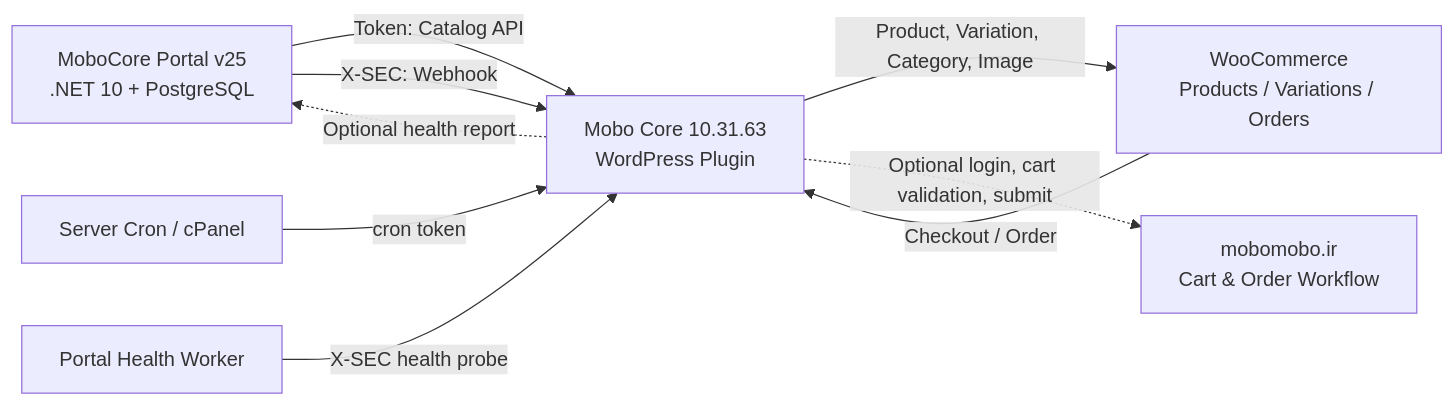
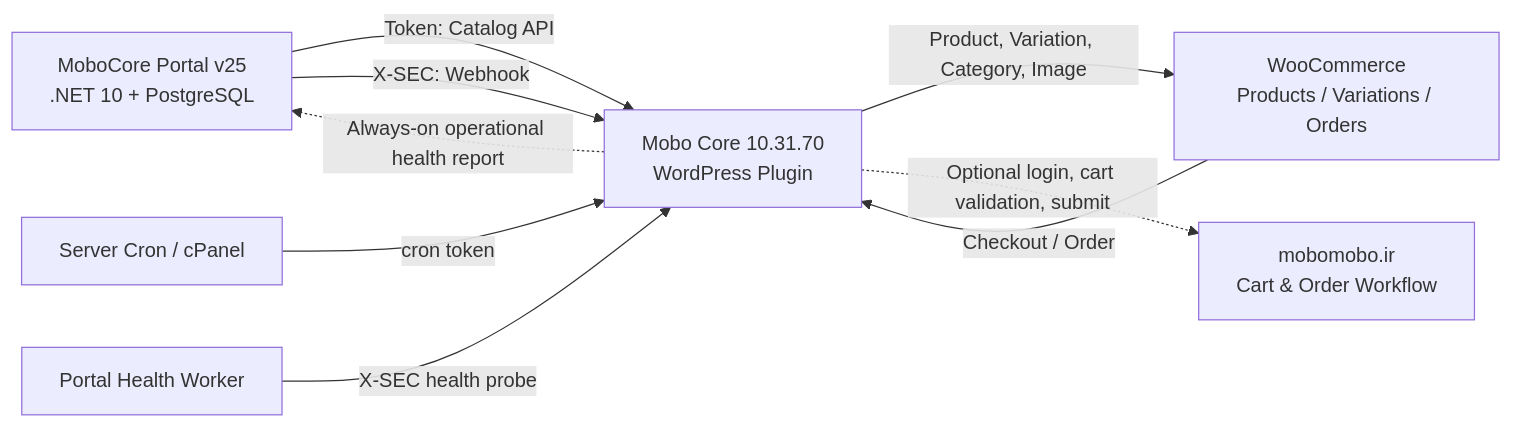
One commit to PedramDev/mobo-core changed the first of 11 diagrams in wp-content/plugins/mobo-core/DIAGRAMS.MD. Above: the diagram before and after it, drawn with Mermaid. The commit also changed other lines of this file and 19 other files, not shown here.

````diff
--- a/wp-content/plugins/mobo-core/DIAGRAMS.MD
+++ b/wp-content/plugins/mobo-core/DIAGRAMS.MD
@@ -21,18 +21,18 @@
 ```mermaid
 flowchart LR
     P["MoboCore Portal v25<br/>.NET 10 + PostgreSQL"]
-    W["Mobo Core 10.31.63<br/>WordPress Plugin"]
+    W["Mobo Core 10.31.70<br/>WordPress Plugin"]
     WC["WooCommerce<br/>Products / Variations / Orders"]
     M["mobomobo.ir<br/>Cart & Order Workflow"]
     C["Server Cron / cPanel"]
     H["Portal Health Worker"]
 
     P -- "Token: Catalog API" --> W
     P -- "X-SEC: Webhook" --> W
     W -- "Product, Variation, Category, Image" --> WC
     WC -- "Checkout / Order" --> W
     W -. "Optional login, cart validation, submit" .-> M
     C -- "cron token" --> W
     H -- "X-SEC health probe" --> W
-    W -. "Optional health report" .-> P
+    W -. "Always-on operational health report" .-> P
 ```
````
